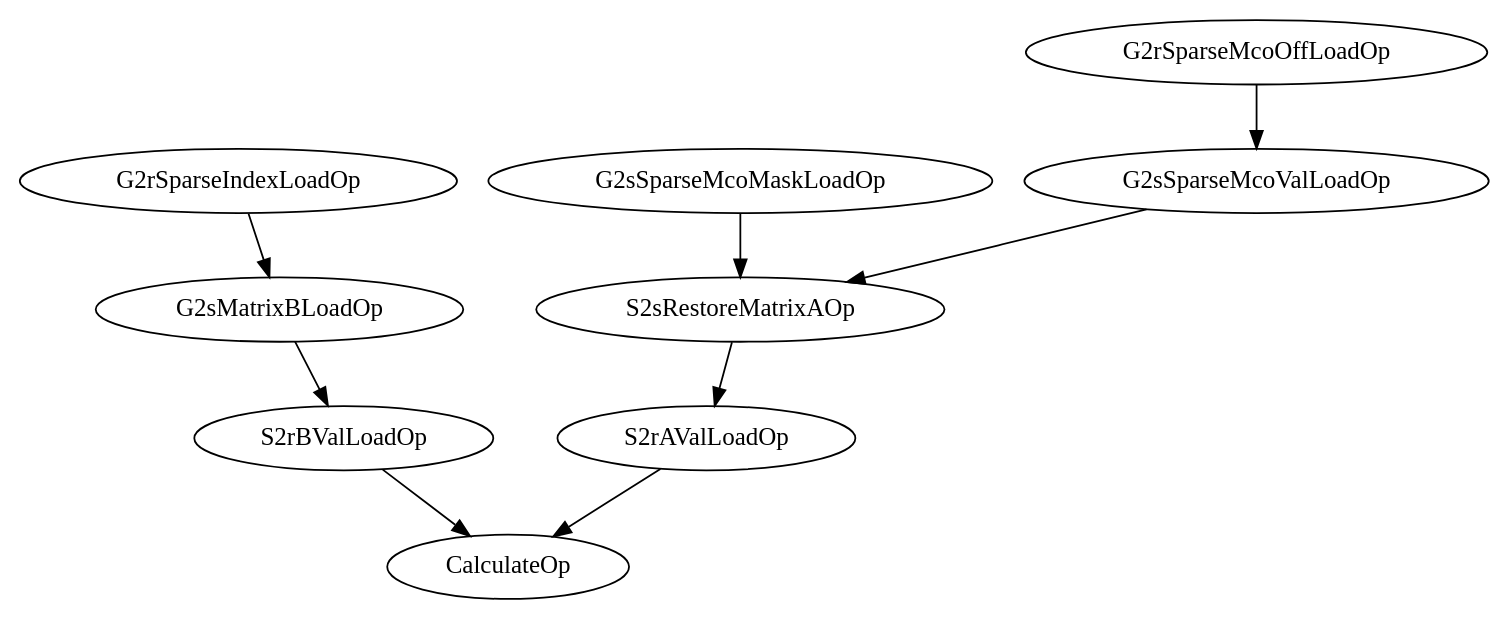
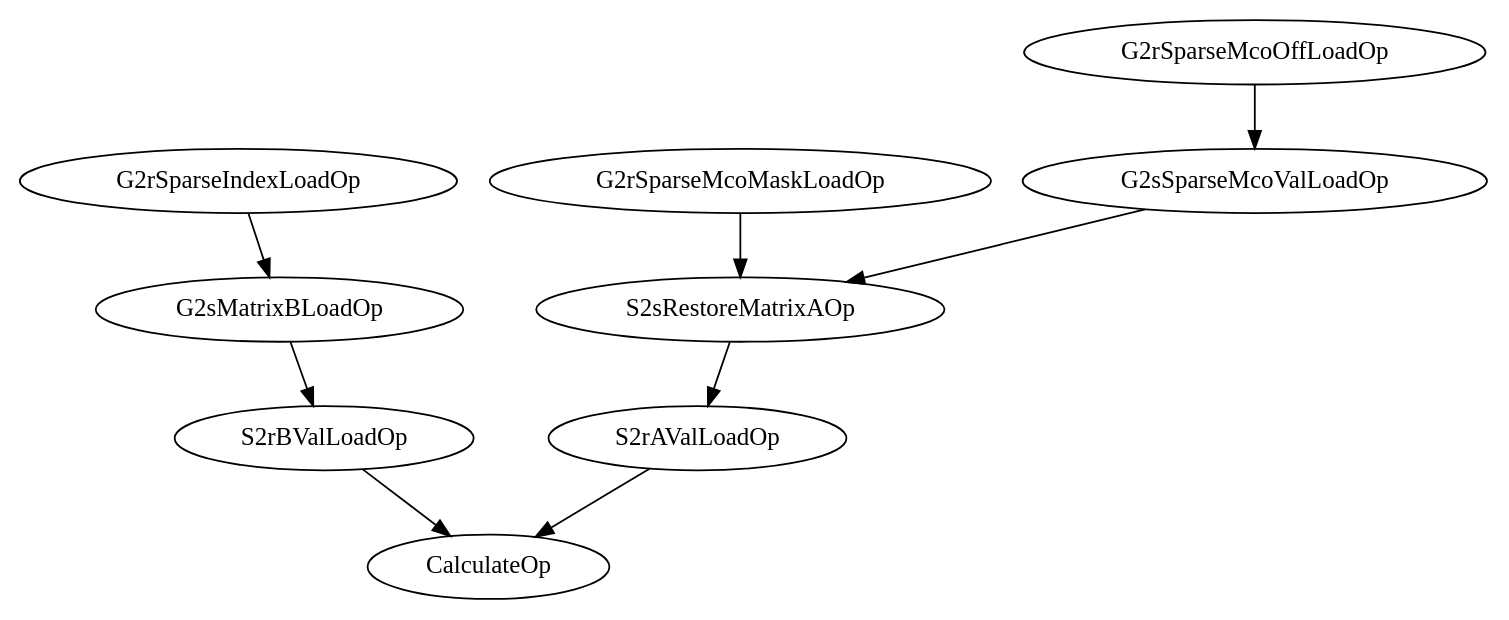
The diagram in example/dtc-spmm/src_fp16/bitbsr/testbed/scripts/bitbsr.dot (hd9568/MASK), drawn with Graphviz before and after one commit. The commit also changed 11 other files, not shown here.

```diff
--- a/example/dtc-spmm/src_fp16/bitbsr/testbed/scripts/bitbsr.dot
+++ b/example/dtc-spmm/src_fp16/bitbsr/testbed/scripts/bitbsr.dot
@@ -1,20 +1,20 @@
 // OpGraph
 digraph {
 	G2rSparseIndexLoadOp [label=G2rSparseIndexLoadOp]
 	G2rSparseMcoOffLoadOp [label=G2rSparseMcoOffLoadOp]
-	G2sSparseMcoMaskLoadOp [label=G2sSparseMcoMaskLoadOp]
+	G2rSparseMcoMaskLoadOp [label=G2rSparseMcoMaskLoadOp]
 	G2sSparseMcoValLoadOp [label=G2sSparseMcoValLoadOp]
 	G2sMatrixBLoadOp [label=G2sMatrixBLoadOp]
 	S2sRestoreMatrixAOp [label=S2sRestoreMatrixAOp]
 	S2rAValLoadOp [label=S2rAValLoadOp]
 	S2rBValLoadOp [label=S2rBValLoadOp]
 	CalculateOp [label=CalculateOp]
 	G2rSparseMcoOffLoadOp -> G2sSparseMcoValLoadOp
 	G2rSparseIndexLoadOp -> G2sMatrixBLoadOp
 	G2sSparseMcoValLoadOp -> S2sRestoreMatrixAOp
-	G2sSparseMcoMaskLoadOp -> S2sRestoreMatrixAOp
+	G2rSparseMcoMaskLoadOp -> S2sRestoreMatrixAOp
 	S2sRestoreMatrixAOp -> S2rAValLoadOp
 	G2sMatrixBLoadOp -> S2rBValLoadOp
 	S2rAValLoadOp -> CalculateOp
 	S2rBValLoadOp -> CalculateOp
 }
```
